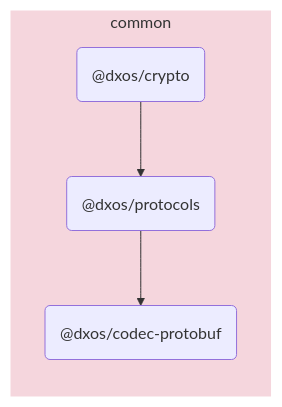
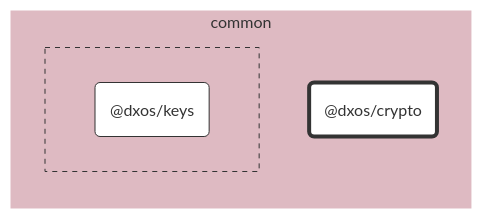
Before and after one commit to dxos/dxos: the diagram in packages/common/crypto/docs/README.md, drawn with Mermaid. The commit also changed other lines of this file and 89 other files, not shown here.

````diff
--- a/packages/common/crypto/docs/README.md
+++ b/packages/common/crypto/docs/README.md
@@ -5,13 +7,33 @@
 ```mermaid
-flowchart LR;
+%%{ init: {'flowchart':{'curve':'basis'}} }%%
 
+flowchart LR
+
+%% Links
+
+%% Sections
 subgraph common
-  style common fill:#f5d6dd,stroke:#fff;
-  dxos/crypto("@dxos/crypto");
-  dxos/protocols("@dxos/protocols");
-  dxos/codec-protobuf("@dxos/codec-protobuf");
+  style common fill:#debac2,stroke:#fff;
+
+  dxos/crypto("@dxos/crypto")
+
+  subgraph common-excluded [ ]
+    style common-excluded fill:#debac2,stroke:#333,stroke-dasharray:5 5;
+
+    dxos/keys("@dxos/keys")
+  end
 end
 
-dxos/crypto --> dxos/protocols;
-dxos/protocols --> dxos/codec-protobuf;
+
+%% Hyperlinks
+click dxos/keys "dxos/dxos/tree/main/packages/common/keys/docs";
+
+%% Styles
+classDef rootNode fill:#fff,stroke:#333,stroke-width:4px
+classDef defaultNode fill:#fff,stroke:#333,stroke-width:1px
+linkStyle default stroke:#333,stroke-width:1px
+
+dxos/crypto:::rootNode
+
+dxos/keys:::defaultNode
 ```
````
